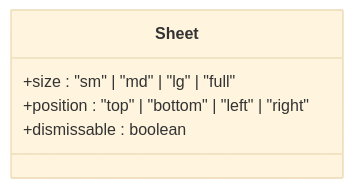
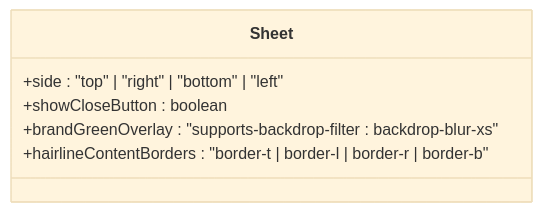
One commit to userisaziz/samaa-ai changed diagram 14 of 18 in .qoder/repowiki/en/content/Frontend Application/UI Component Library & Design System.md. Above: the diagram before and after it, drawn with Mermaid (base theme). The commit also changed other lines of this file and 108 other files, not shown here.

````diff
--- a/.qoder/repowiki/en/content/Frontend Application/UI Component Library & Design System.md
+++ b/.qoder/repowiki/en/content/Frontend Application/UI Component Library & Design System.md
@@ -503,8 +769,9 @@
 ```mermaid
 classDiagram
 class Sheet {
-+size : "sm" | "md" | "lg" | "full"
-+position : "top" | "bottom" | "left" | "right"
-+dismissable : boolean
++side : "top" | "right" | "bottom" | "left"
++showCloseButton : boolean
++brandGreenOverlay : "supports-backdrop-filter : backdrop-blur-xs"
++hairlineContentBorders : "border-t | border-l | border-r | border-b"
 }
 ```
````
